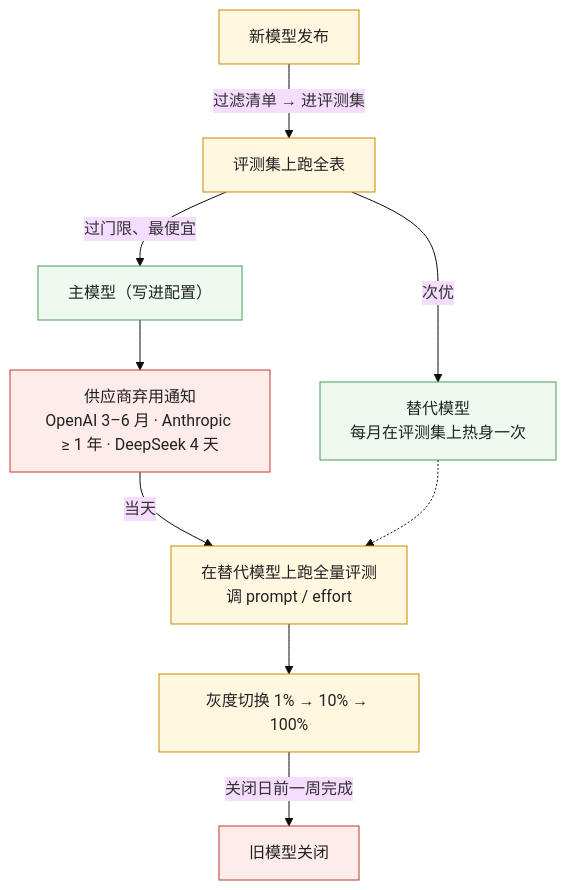
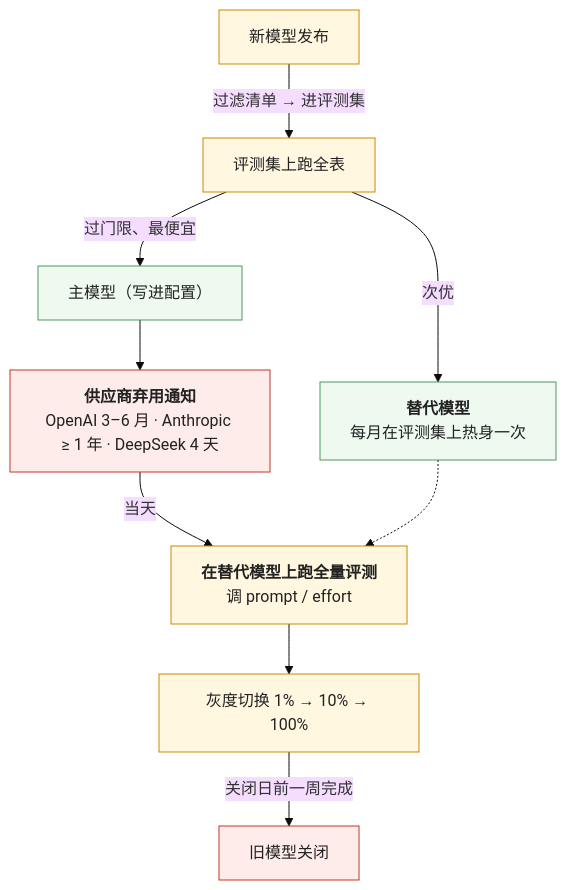
One commit to arganzheng/arganzheng.github.com changed the seventh of 7 diagrams in _posts/2026-10-03-model-selection-beyond-leaderboards.md. Above: the diagram before and after it, drawn with Mermaid (base theme). The commit also changed other lines of this file and 6 other files, not shown here.

First line of the commit message:
模型作为组件：契约、失效模式与选型：Mermaid 多行方框的首行标为标题（7 篇）

````diff
--- a/_posts/2026-10-03-model-selection-beyond-leaderboards.md
+++ b/_posts/2026-10-03-model-selection-beyond-leaderboards.md
@@ -314,18 +314,18 @@
 ```mermaid
 %% 图：一个模型在你系统里的生命周期与应用侧的动作——进评测集、成为主模型、替代模型每月热身、收到弃用通知当天全量评测、灰度切换、关闭前一周完成；通知期从 OpenAI 的 3–6 个月到 DeepSeek 的 4 天
 flowchart TB
     N["新模型发布"] -->|"过滤清单 → 进评测集"| E["评测集上跑全表"]
     E -->|"过门限、最便宜"| P["主模型（写进配置）"]
-    E -->|"次优"| B["替代模型<br/>每月在评测集上热身一次"]
-    P --> D["供应商弃用通知<br/>OpenAI 3–6 月 · Anthropic ≥ 1 年 · DeepSeek 4 天"]
-    D -->|"当天"| R["在替代模型上跑全量评测<br/>调 prompt / effort"]
+    E -->|"次优"| B["<b>替代模型</b><br/>每月在评测集上热身一次"]
+    P --> D["<b>供应商弃用通知</b><br/>OpenAI 3–6 月 · Anthropic ≥ 1 年 · DeepSeek 4 天"]
+    D -->|"当天"| R["<b>在替代模型上跑全量评测</b><br/>调 prompt / effort"]
     R --> G["灰度切换 1% → 10% → 100%"]
     G -->|"关闭日前一周完成"| X["旧模型关闭"]
     B -.-> R
     classDef step fill:#fff7e0,stroke:#c98a00,color:#222
     classDef ok fill:#eefaf0,stroke:#4d9a5c,color:#222
     classDef bad fill:#fdecea,stroke:#c0392b,color:#222
     class N,E,R,G step
     class P,B ok
     class D,X bad
 ```
````
